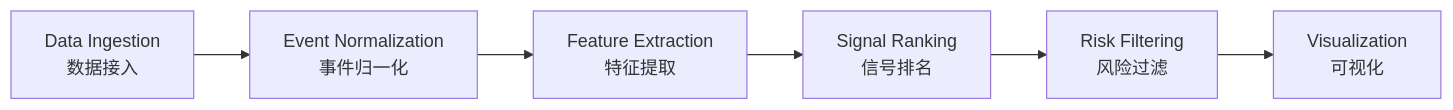
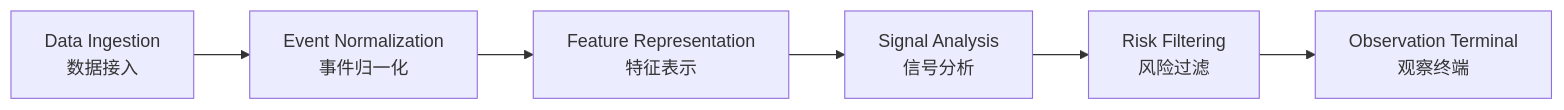
One commit to gaobaobao0916-cpu/GoalFlux changed the second of 3 diagrams in README.md. Above: the diagram before and after it, drawn with Mermaid. The commit also changed other lines of this file and 6 other files, not shown here.

````diff
--- a/README.md
+++ b/README.md
@@ -150,8 +202,8 @@
 ```mermaid
 flowchart LR
     M1[Data Ingestion<br/>数据接入] --> M2[Event Normalization<br/>事件归一化]
-    M2 --> M3[Feature Extraction<br/>特征提取]
-    M3 --> M4[Signal Ranking<br/>信号排名]
+    M2 --> M3[Feature Representation<br/>特征表示]
+    M3 --> M4[Signal Analysis<br/>信号分析]
     M4 --> M5[Risk Filtering<br/>风险过滤]
-    M5 --> M6[Visualization<br/>可视化]
+    M5 --> M6[Observation Terminal<br/>观察终端]
 ```
````
